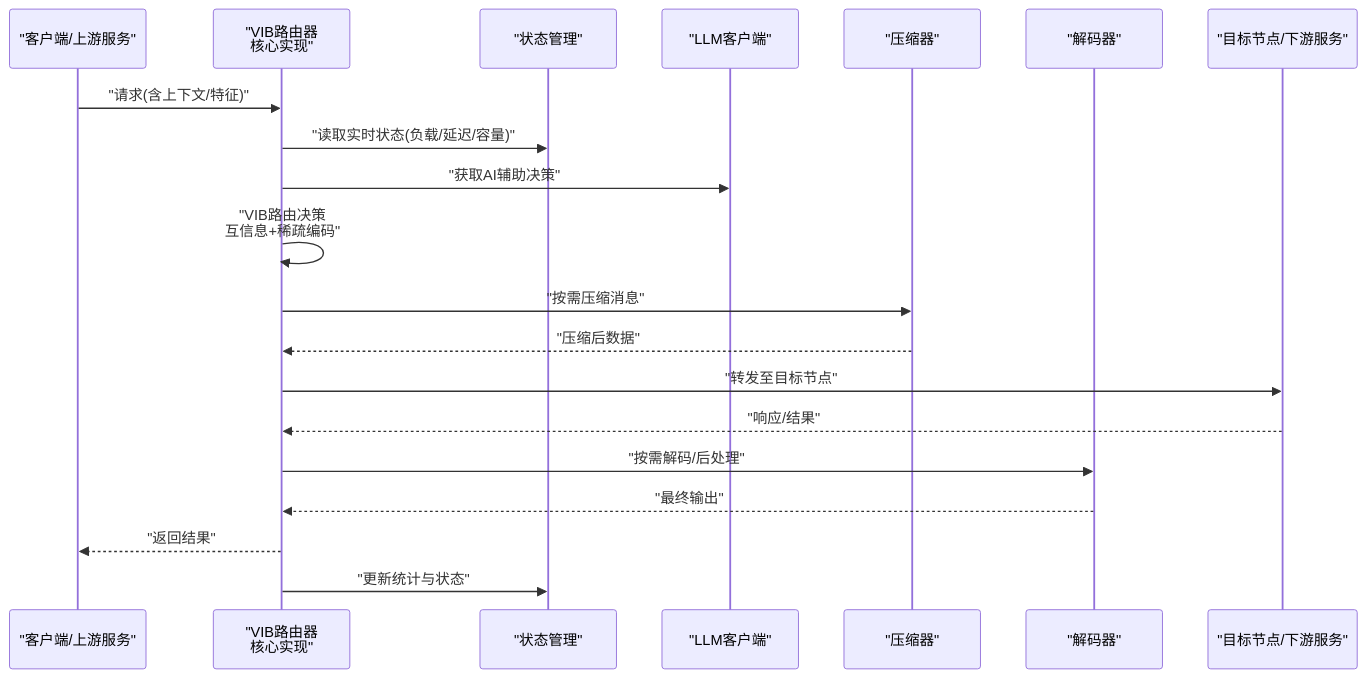
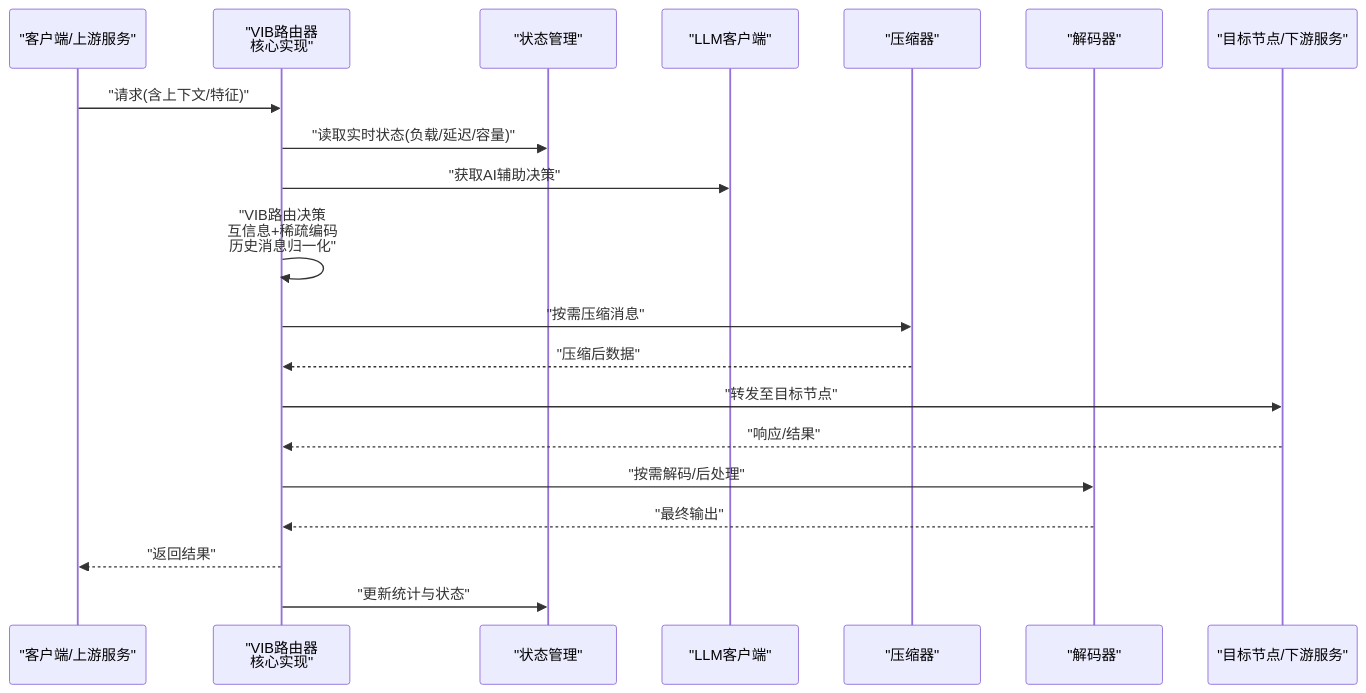
The second of 4 diagrams in .qoder/repowiki/zh/content/核心架构/VIB路由器.md (QuStarry/VIB-SparseCommunication), drawn with Mermaid before and after one commit. The commit also changed other lines of this file and 18 other files, not shown here.

````diff
--- a/.qoder/repowiki/zh/content/核心架构/VIB路由器.md
+++ b/.qoder/repowiki/zh/content/核心架构/VIB路由器.md
@@ -94,22 +96,22 @@
 ```mermaid
 sequenceDiagram
 participant Client as "客户端/上游服务"
 participant Router as "VIB路由器<br/>核心实现"
 participant State as "状态管理"
 participant LLM as "LLM客户端"
 participant Compressor as "压缩器"
 participant Decoder as "解码器"
 participant Target as "目标节点/下游服务"
 Client->>Router : "请求(含上下文/特征)"
 Router->>State : "读取实时状态(负载/延迟/容量)"
 Router->>LLM : "获取AI辅助决策"
-Router->>Router : "VIB路由决策<br/>互信息+稀疏编码"
+Router->>Router : "VIB路由决策<br/>互信息+稀疏编码<br/>历史消息归一化"
 Router->>Compressor : "按需压缩消息"
 Compressor-->>Router : "压缩后数据"
 Router->>Target : "转发至目标节点"
 Target-->>Router : "响应/结果"
 Router->>Decoder : "按需解码/后处理"
 Decoder-->>Router : "最终输出"
 Router-->>Client : "返回结果"
 Router->>State : "更新统计与状态"
 ```
````
